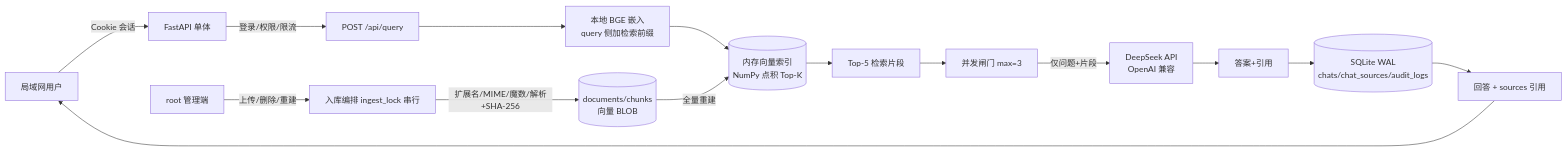
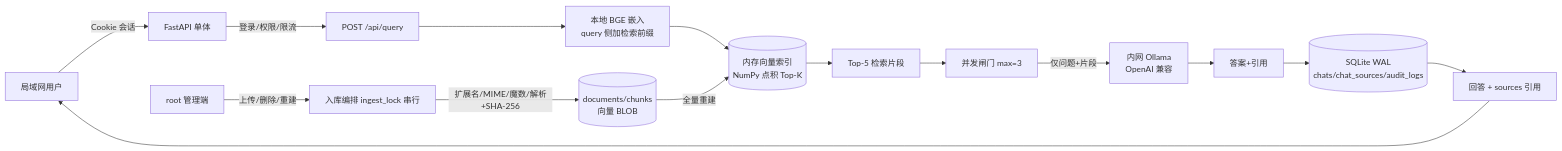
One commit to ihyh/lan-rag-pilot changed the diagram in README.md. Above: the diagram before and after it, drawn with Mermaid. The commit also changed other lines of this file and 9 other files, not shown here.

````diff
--- a/README.md
+++ b/README.md
@@ -47,17 +47,17 @@
 ```mermaid
 flowchart LR
     U[局域网用户] -->|Cookie 会话| A[FastAPI 单体]
     A -->|登录/权限/限流| Q[POST /api/query]
     Q --> E1[本地 BGE 嵌入<br/>query 侧加检索前缀]
     E1 --> IX[(内存向量索引<br/>NumPy 点积 Top-K)]
     IX --> S[Top-5 检索片段]
     S --> G[并发闸门 max=3]
-    G -->|仅问题+片段| LLM[DeepSeek API<br/>OpenAI 兼容]
+    G -->|仅问题+片段| LLM[内网 Ollama<br/>OpenAI 兼容]
     LLM --> ANS[答案+引用]
     ANS --> DB[(SQLite WAL<br/>chats/chat_sources/audit_logs)]
     DB --> R[回答 + sources 引用]
     R --> U
     ADM[root 管理端] -->|上传/删除/重建| ING[入库编排 ingest_lock 串行]
     ING -->|扩展名/MIME/魔数/解析+SHA-256| DB2[(documents/chunks<br/>向量 BLOB)]
     DB2 -->|全量重建| IX
 ```
````
